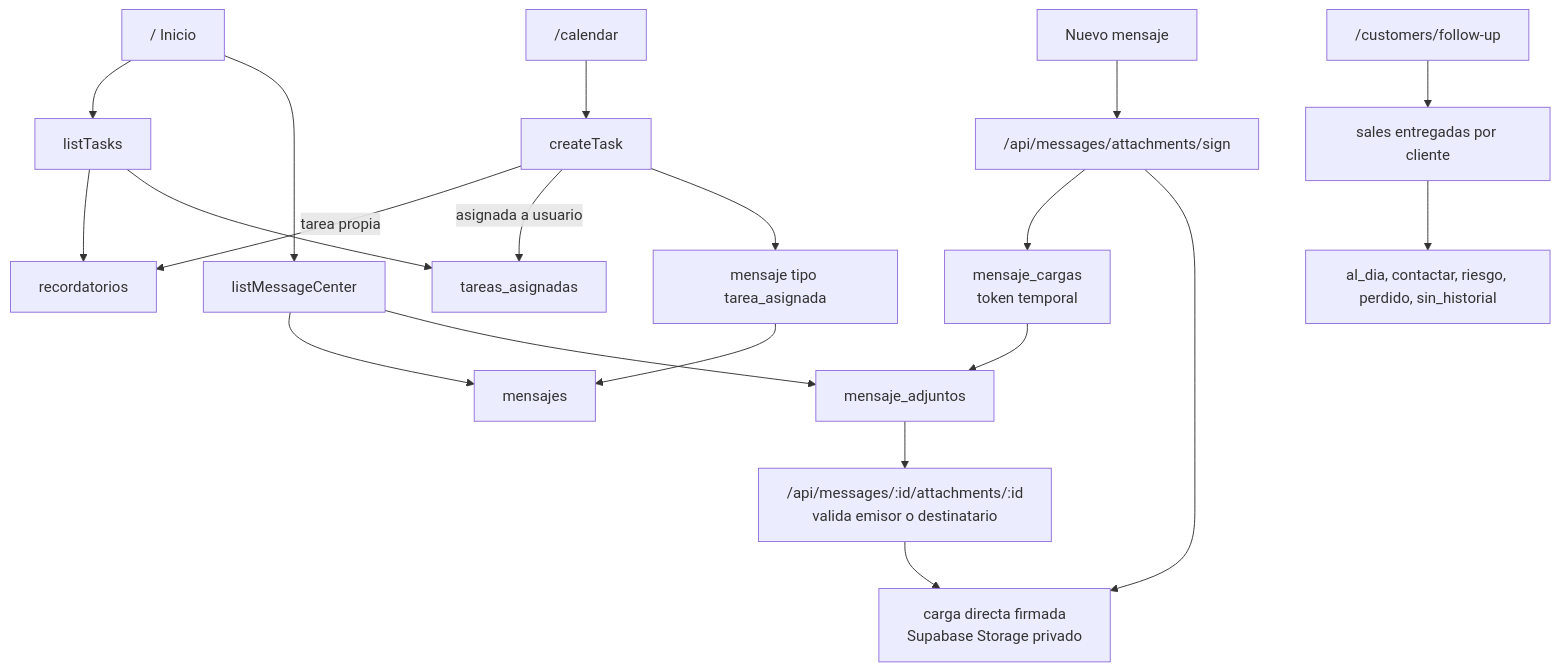
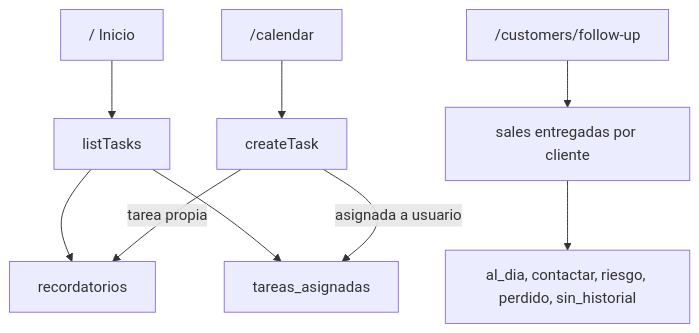
Before and after one commit to tomaslaserna/starlom.cambiodelenguage: the eighth of 8 diagrams in docs/project-flow.md, drawn with Mermaid. The commit also changed other lines of this file and 36 other files, not shown here.

````diff
--- a/docs/project-flow.md
+++ b/docs/project-flow.md
@@ -254,24 +254,13 @@
 ```mermaid
 flowchart TB
   Home["/ Inicio"] --> Tasks["listTasks"]
-  Home --> Messages["listMessageCenter"]
   Tasks --> Reminders["recordatorios"]
   Tasks --> Assigned["tareas_asignadas"]
-  Messages --> MsgTable["mensajes"]
-  Messages --> Attachments["mensaje_adjuntos"]
-  Composer["Nuevo mensaje"] --> SignUpload["/api/messages/attachments/sign"]
-  SignUpload --> Staged["mensaje_cargas<br/>token temporal"]
-  SignUpload --> DirectStorage["carga directa firmada<br/>Supabase Storage privado"]
-  Staged --> Attachments
-  Attachments --> Download["/api/messages/:id/attachments/:id<br/>valida emisor o destinatario"]
-  Download --> DirectStorage
 
   Calendar["/calendar"] --> CreateTask["createTask"]
   CreateTask -->|tarea propia| Reminders
   CreateTask -->|asignada a usuario| Assigned
-  CreateTask --> Notify["mensaje tipo tarea_asignada"]
-  Notify --> MsgTable
 
   FollowUp["/customers/follow-up"] --> History["sales entregadas por cliente"]
   History --> Buckets["al_dia, contactar, riesgo, perdido, sin_historial"]
 ```
````
